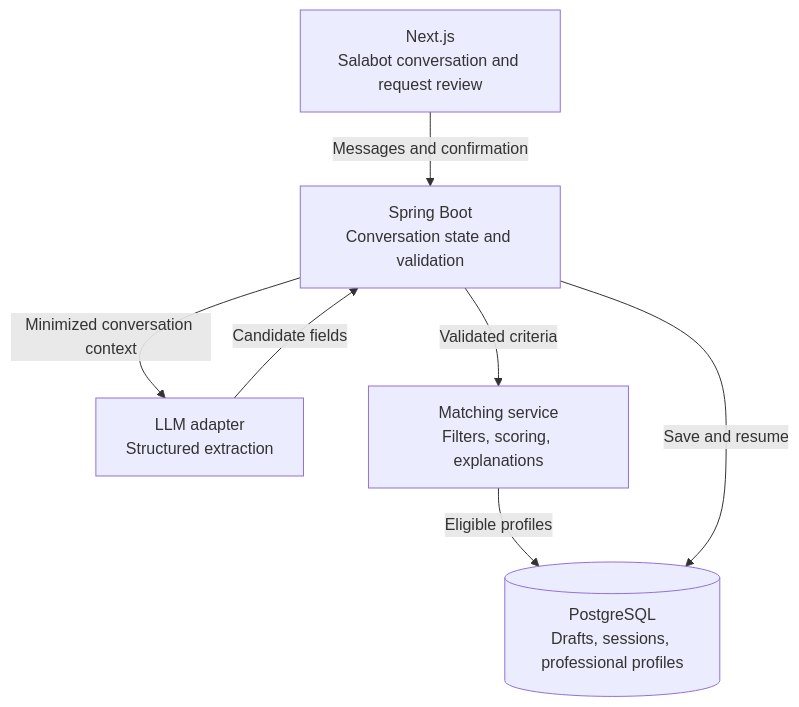
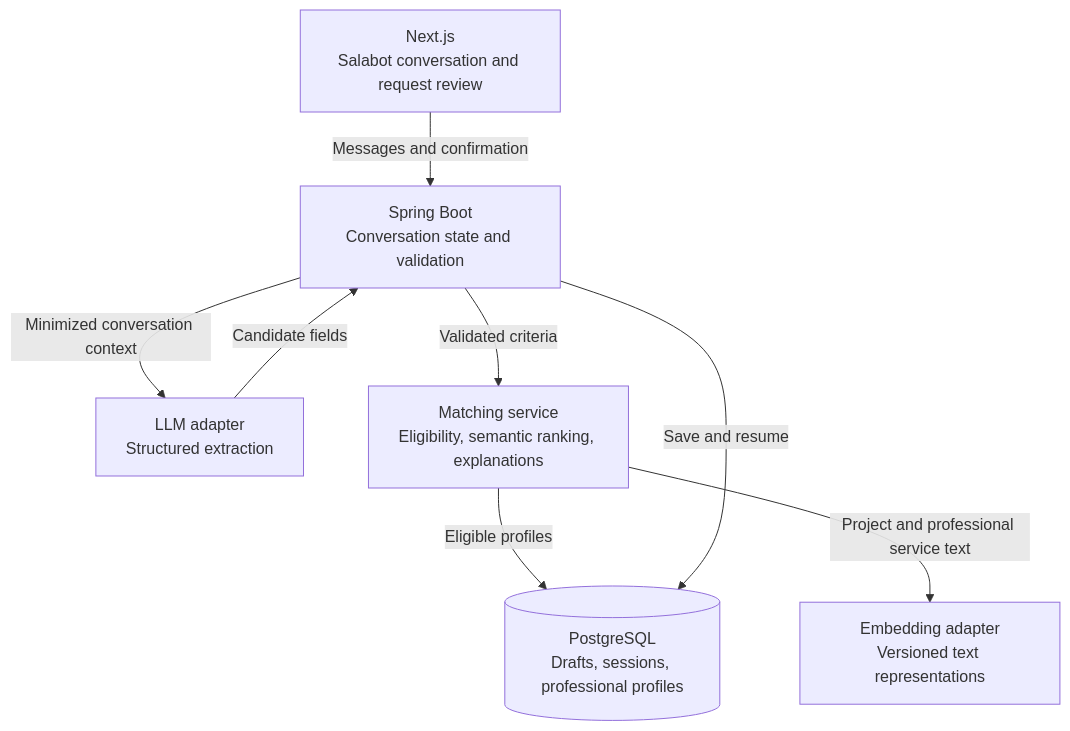
The diagram in docs/salabot-plan.md (alextudorpufi/ingineria-programarii-2), drawn with Mermaid before and after one commit. The commit also changed other lines of this file and 76 other files, not shown here.

````diff
--- a/docs/salabot-plan.md
+++ b/docs/salabot-plan.md
@@ -28,15 +28,17 @@
 ```mermaid
 flowchart TD
     ui["Next.js<br/>Salabot conversation and request review"]
     orchestrator["Spring Boot<br/>Conversation state and validation"]
     model["LLM adapter<br/>Structured extraction"]
-    matching["Matching service<br/>Filters, scoring, explanations"]
+    matching["Matching service<br/>Eligibility, semantic ranking, explanations"]
+    embeddings["Embedding adapter<br/>Versioned text representations"]
     db[("PostgreSQL<br/>Drafts, sessions, professional profiles")]
 
     ui -->|"Messages and confirmation"| orchestrator
     orchestrator -->|"Minimized conversation context"| model
     model -->|"Candidate fields"| orchestrator
     orchestrator -->|"Validated criteria"| matching
     matching -->|"Eligible profiles"| db
+    matching -->|"Project and professional service text"| embeddings
     orchestrator -->|"Save and resume"| db
 ```
````
